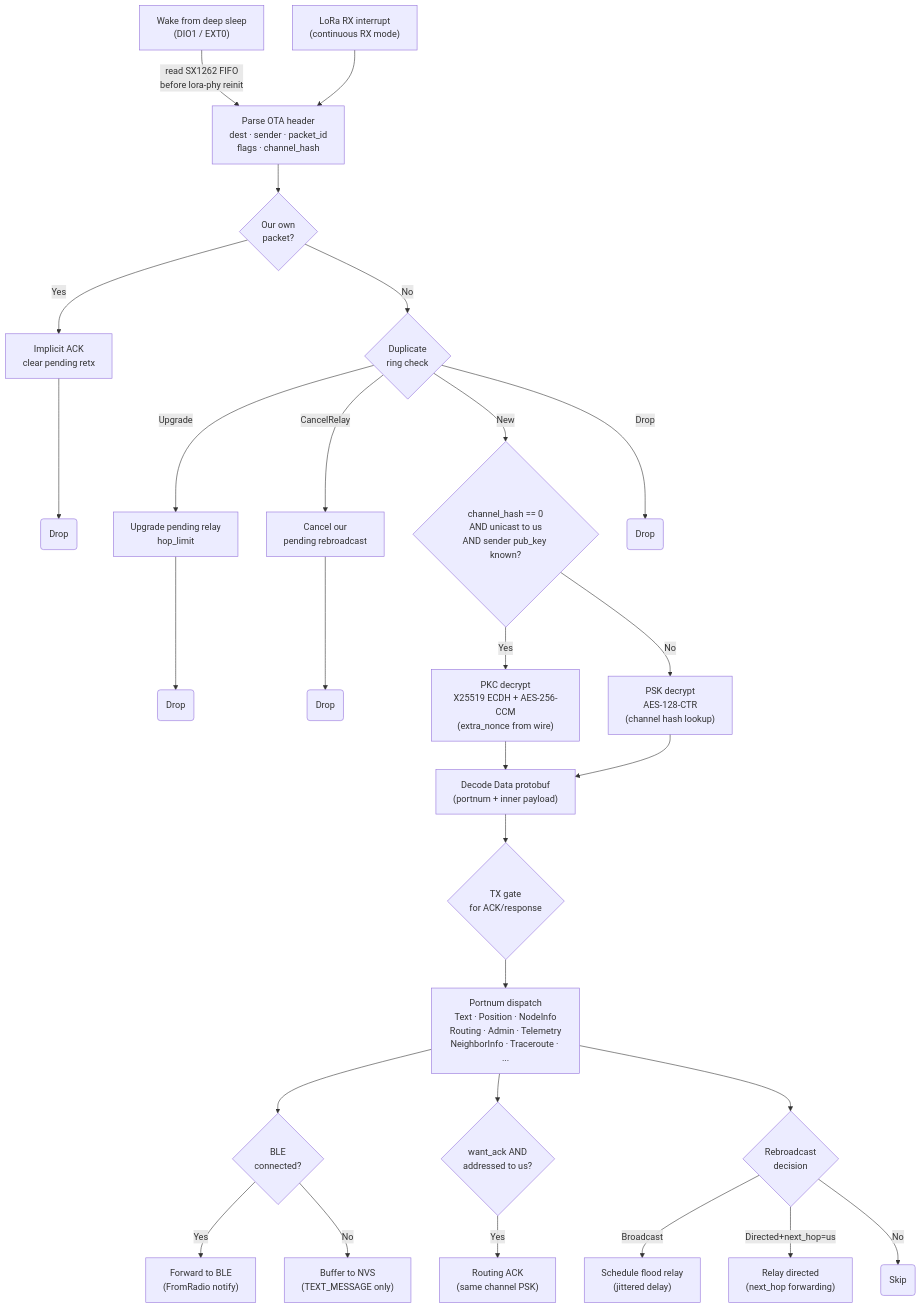
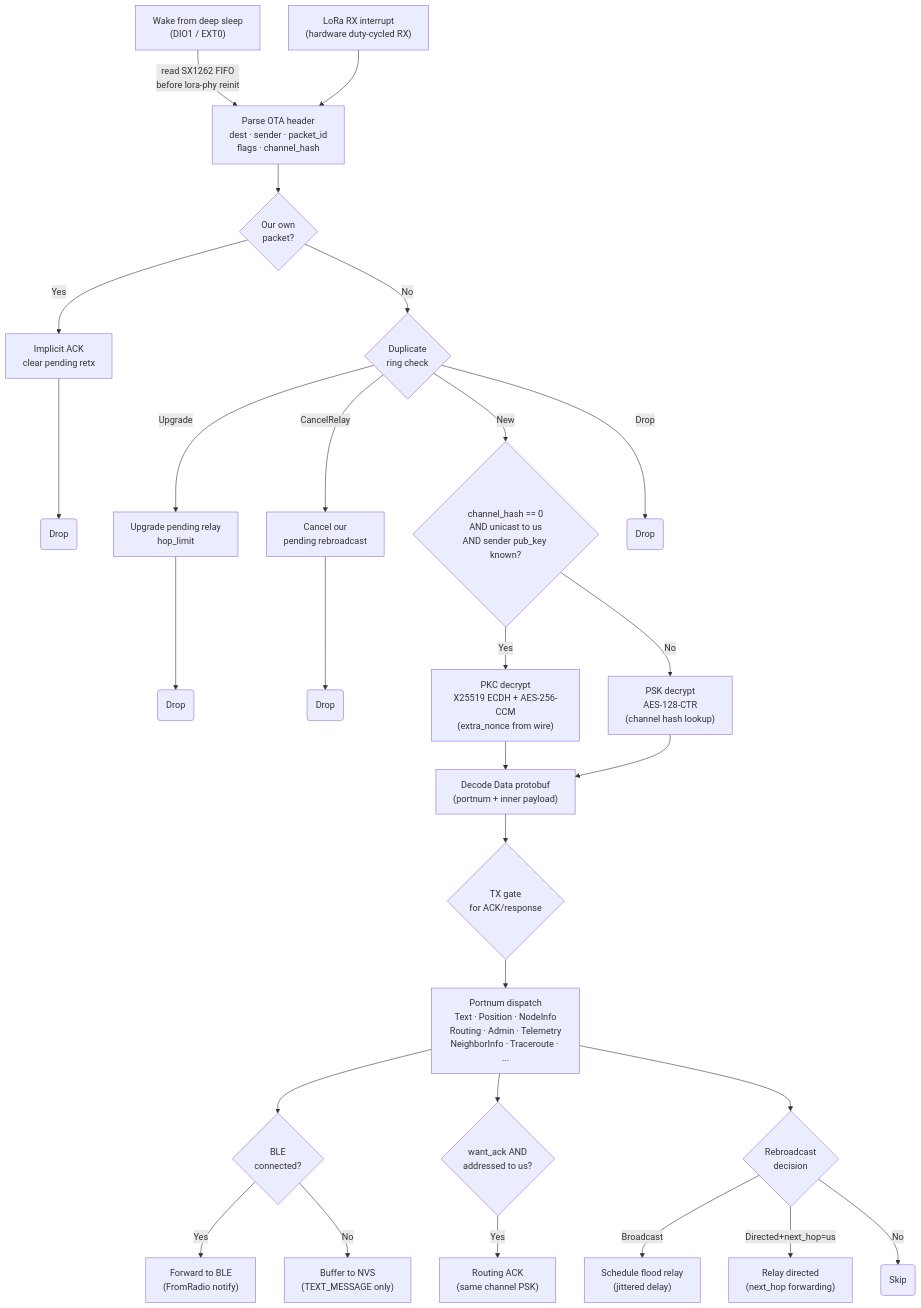
The second of 6 diagrams in README.md (psytraxx/meshtastenstein-rs), drawn with Mermaid before and after one commit. The commit also changed other lines of this file and 4 other files, not shown here.

````diff
--- a/README.md
+++ b/README.md
@@ -146,37 +146,37 @@
 ```mermaid
 flowchart TD
     WAKE["Wake from deep sleep<br/>(DIO1 / EXT0)"]
-    RX["LoRa RX interrupt<br/>(continuous RX mode)"]
+    RX["LoRa RX interrupt<br/>(hardware duty-cycled RX)"]
 
     WAKE -->|"read SX1262 FIFO<br/>before lora-phy reinit"| PARSE
     RX --> PARSE["Parse OTA header<br/>dest · sender · packet_id<br/>flags · channel_hash"]
 
     PARSE --> OWN{Our own<br/>packet?}
     OWN -- Yes --> IACK["Implicit ACK<br/>clear pending retx"] --> DROP1(Drop)
     OWN -- No --> DUP{Duplicate<br/>ring check}
     DUP -- New --> CRYPT{channel_hash == 0<br/>AND unicast to us<br/>AND sender pub_key known?}
     DUP -- Upgrade --> UPG["Upgrade pending relay<br/>hop_limit"] --> DROP2(Drop)
     DUP -- CancelRelay --> CANCEL["Cancel our<br/>pending rebroadcast"] --> DROP3(Drop)
     DUP -- Drop --> DROP4(Drop)
 
     CRYPT -- Yes --> PKC["PKC decrypt<br/>X25519 ECDH + AES-256-CCM<br/>(extra_nonce from wire)"]
     CRYPT -- No --> PSK["PSK decrypt<br/>AES-128-CTR<br/>(channel hash lookup)"]
 
     PKC --> DECODE
     PSK --> DECODE["Decode Data protobuf<br/>(portnum + inner payload)"]
 
     DECODE --> DUTY{TX gate<br/>for ACK/response}
     DUTY --> DISPATCH["Portnum dispatch<br/>Text · Position · NodeInfo<br/>Routing · Admin · Telemetry<br/>NeighborInfo · Traceroute · ..."]
 
     DISPATCH --> FWD{BLE<br/>connected?}
     FWD -- Yes --> BLE_FWD["Forward to BLE<br/>(FromRadio notify)"]
     FWD -- No --> BUF["Buffer to NVS<br/>(TEXT_MESSAGE only)"]
 
     DISPATCH --> ACK{want_ack AND<br/>addressed to us?}
     ACK -- Yes --> SEND_ACK["Routing ACK<br/>(same channel PSK)"]
 
     DISPATCH --> REBR{Rebroadcast<br/>decision}
     REBR -- Broadcast --> FLOOD["Schedule flood relay<br/>(jittered delay)"]
     REBR -- Directed+next_hop=us --> RELAY["Relay directed<br/>(next_hop forwarding)"]
     REBR -- No --> SKIP(Skip)
 ```
````
